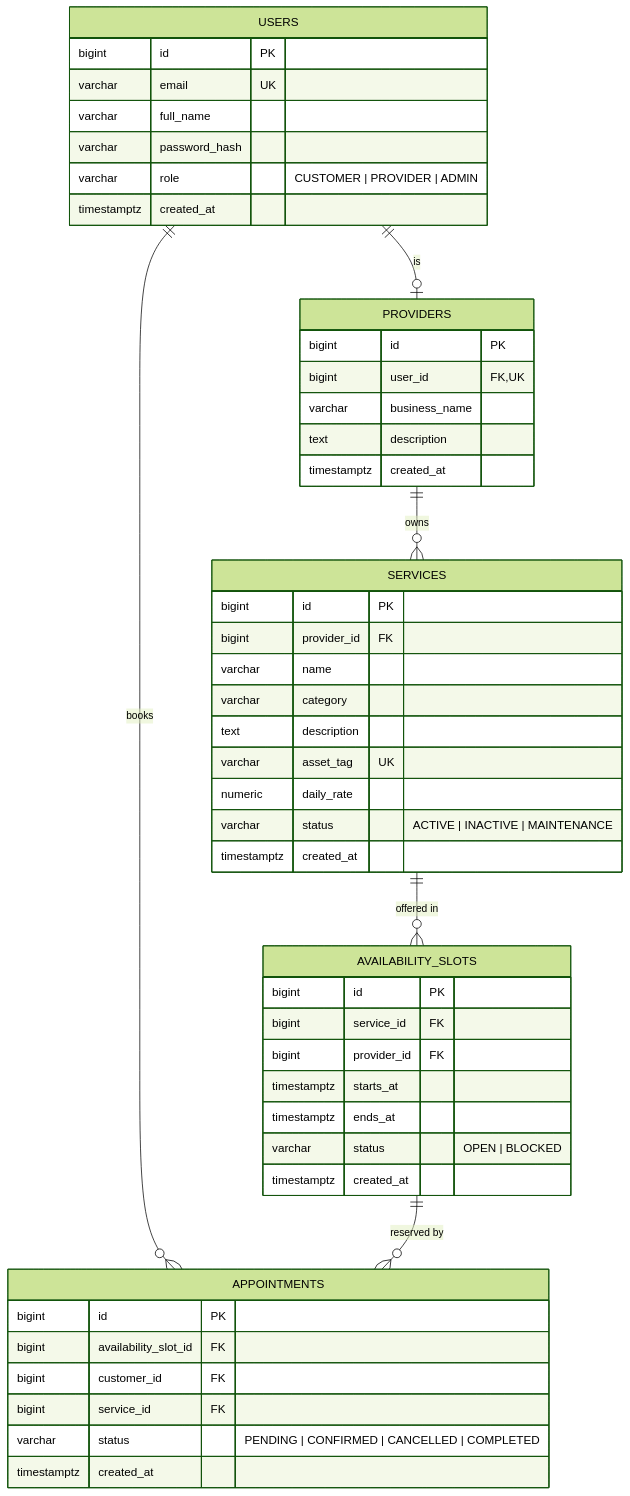
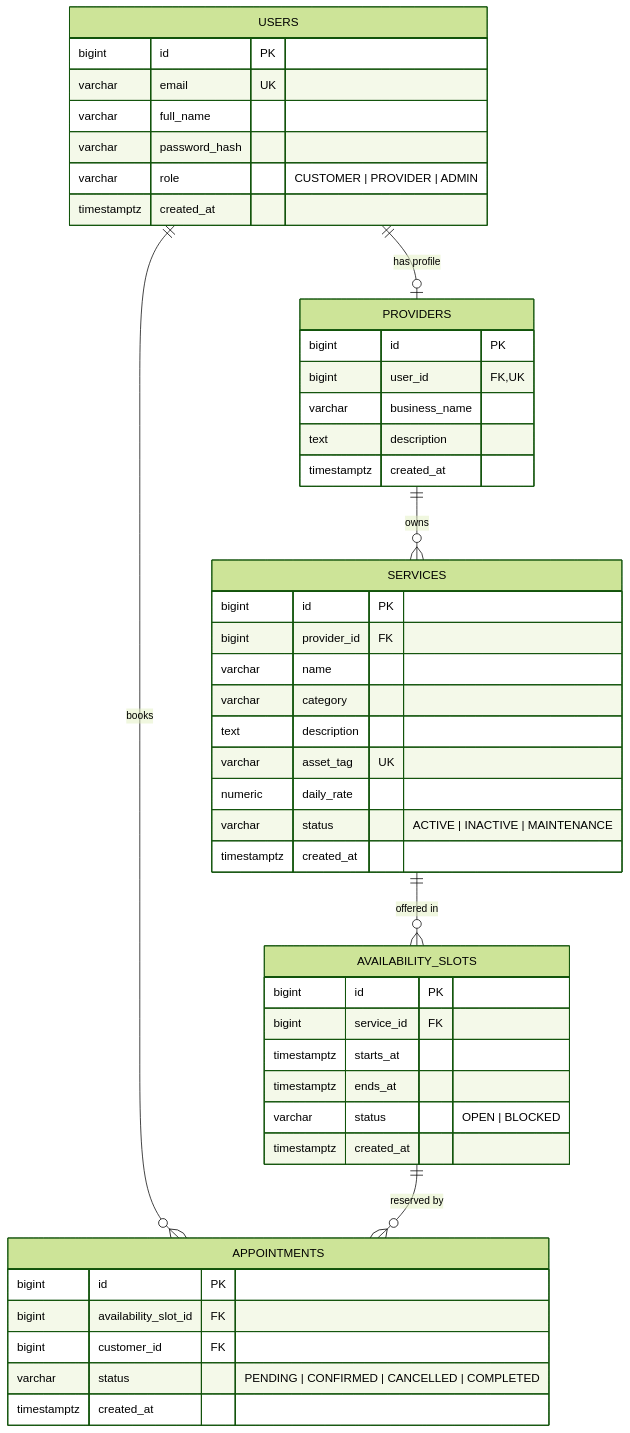
The diagram in docs/er-diagram.md (weslayer/cmpe172), drawn with Mermaid (forest theme) before and after one commit. The commit also changed 1 other file, not shown here.

Commit message:
update schema docs for normalized foreign keys

````diff
--- a/docs/er-diagram.md
+++ b/docs/er-diagram.md
@@ -3,56 +3,54 @@
 ```mermaid
 erDiagram
-    USERS ||--o| PROVIDERS : "is"
+    USERS ||--o| PROVIDERS : "has profile"
     USERS ||--o{ APPOINTMENTS : "books"
     PROVIDERS ||--o{ SERVICES : "owns"
     SERVICES ||--o{ AVAILABILITY_SLOTS : "offered in"
     AVAILABILITY_SLOTS ||--o{ APPOINTMENTS : "reserved by"
 
     USERS {
         bigint id PK
         varchar email UK
         varchar full_name
         varchar password_hash
         varchar role "CUSTOMER | PROVIDER | ADMIN"
         timestamptz created_at
     }
 
     PROVIDERS {
         bigint id PK
         bigint user_id FK,UK
         varchar business_name
         text description
         timestamptz created_at
     }
 
     SERVICES {
         bigint id PK
         bigint provider_id FK
         varchar name
         varchar category
         text description
         varchar asset_tag UK
         numeric daily_rate
         varchar status "ACTIVE | INACTIVE | MAINTENANCE"
         timestamptz created_at
     }
 
     AVAILABILITY_SLOTS {
         bigint id PK
         bigint service_id FK
-        bigint provider_id FK
         timestamptz starts_at
         timestamptz ends_at
         varchar status "OPEN | BLOCKED"
         timestamptz created_at
     }
 
     APPOINTMENTS {
         bigint id PK
         bigint availability_slot_id FK
         bigint customer_id FK
-        bigint service_id FK
         varchar status "PENDING | CONFIRMED | CANCELLED | COMPLETED"
         timestamptz created_at
     }
 ```
````
